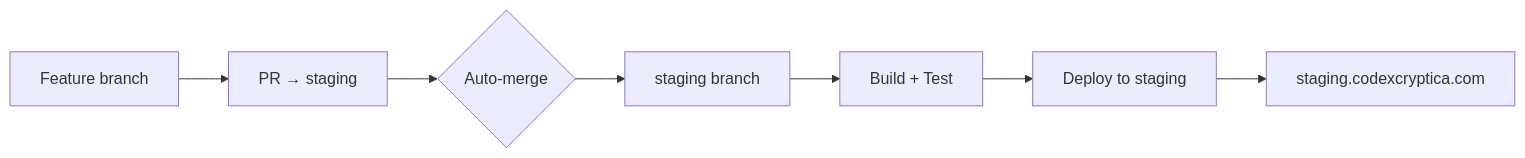
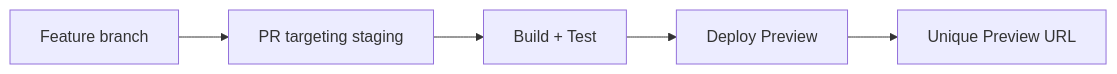
One commit to eserlan/Codex-Cryptica changed the first of 2 diagrams in docs/CI_DEPLOYMENT.md. Above: the diagram before and after it, drawn with Mermaid. The commit also changed other lines of this file and 3 other files, not shown here.

First line of the commit message:
:rocket: ci: switch to preview deployments and remove auto-merge

````diff
--- a/docs/CI_DEPLOYMENT.md
+++ b/docs/CI_DEPLOYMENT.md
@@ -16,9 +16,7 @@
 ```mermaid
 flowchart LR
-  A[Feature branch] --> B[PR → staging]
-  B --> C{Auto-merge}
-  C --> D[staging branch]
-  D --> E[Build + Test]
-  E --> F[Deploy to staging]
-  F --> G[staging.codexcryptica.com]
+  A[Feature branch] --> B[PR targeting staging]
+  B --> C[Build + Test]
+  C --> D[Deploy Preview]
+  D --> E[Unique Preview URL]
 ```
````
